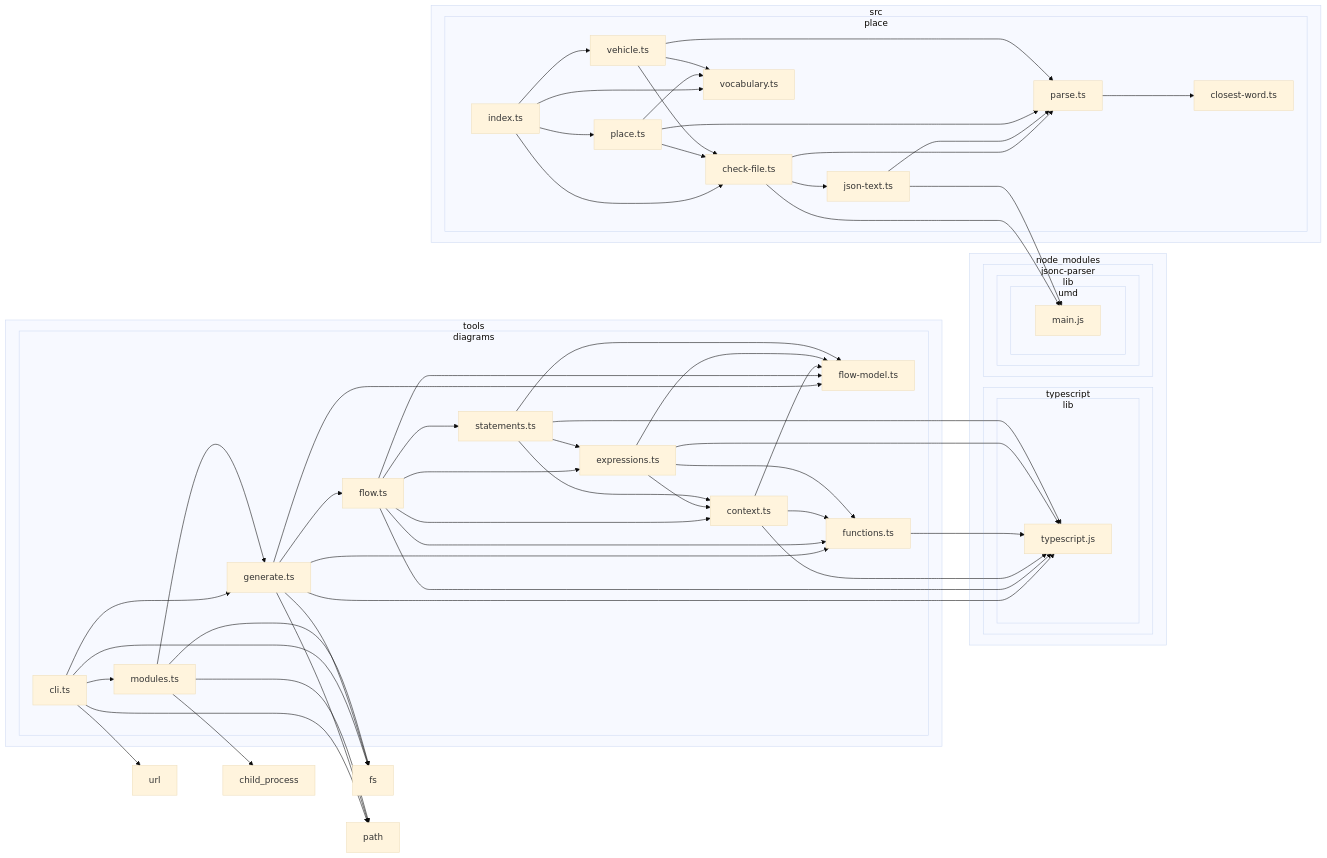
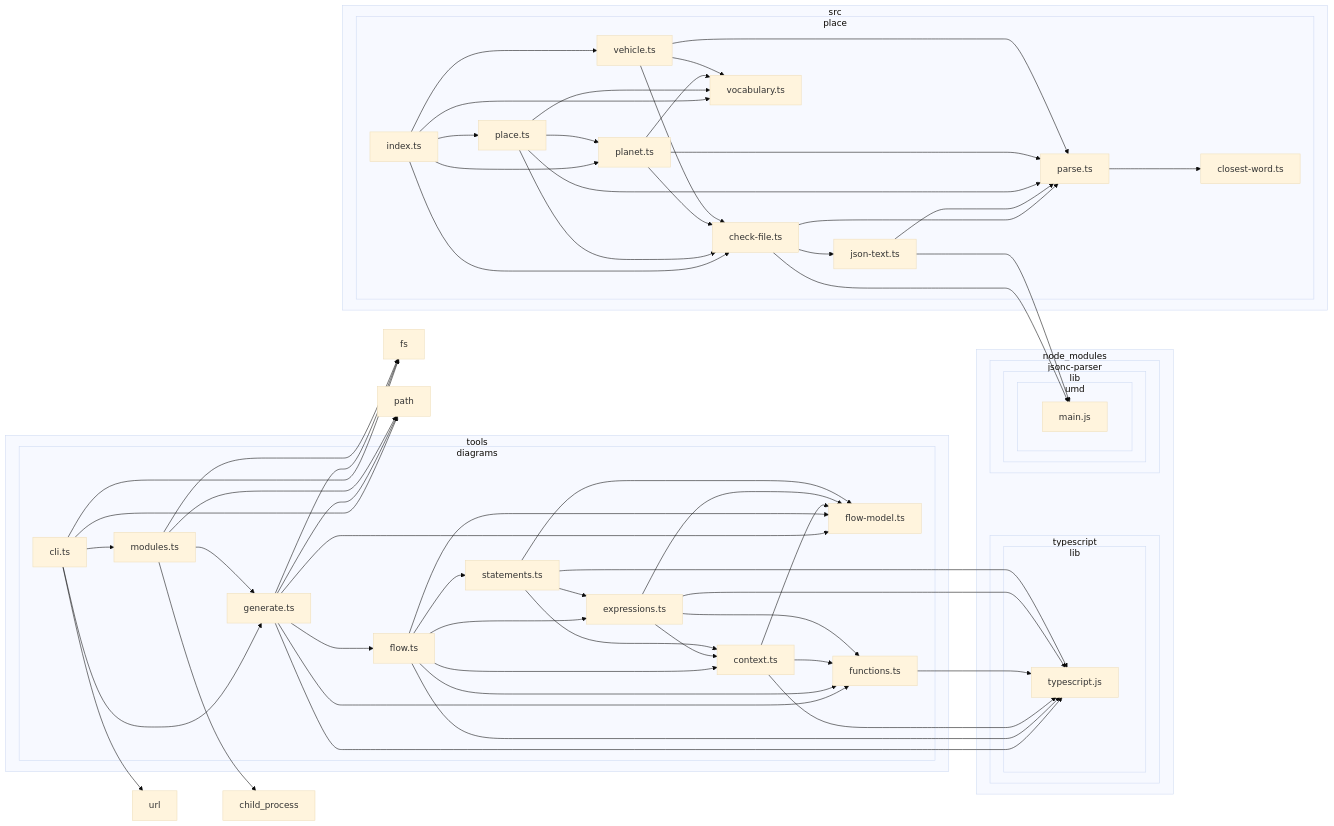
Before and after one commit to NewDara-Star/world-engine: the diagram in docs/flows/modules.md, drawn with Mermaid (base theme). The commit also changed 15 other files, not shown here.

````diff
--- a/docs/flows/modules.md
+++ b/docs/flows/modules.md
@@ -13,8 +13,9 @@
 A["closest-word.ts"]
 B["index.ts"]
 C["place.ts"]
-D["vocabulary.ts"]
-E["vehicle.ts"]
+D["planet.ts"]
+E["vocabulary.ts"]
+F["vehicle.ts"]
 end
 end
 subgraph 3["node_modules"]
@@ -25,29 +26,29 @@
 end
 end
 end
-subgraph M["typescript"]
-subgraph N["lib"]
-O["typescript.js"]
+subgraph N["typescript"]
+subgraph O["lib"]
+P["typescript.js"]
 end
 end
 end
-subgraph F["tools"]
-subgraph G["diagrams"]
-H["cli.ts"]
-L["generate.ts"]
-P["flow-model.ts"]
-Q["flow.ts"]
-R["context.ts"]
-S["functions.ts"]
-T["expressions.ts"]
-U["statements.ts"]
-V["modules.ts"]
+subgraph G["tools"]
+subgraph H["diagrams"]
+I["cli.ts"]
+M["generate.ts"]
+Q["flow-model.ts"]
+R["flow.ts"]
+S["context.ts"]
+T["functions.ts"]
+U["expressions.ts"]
+V["statements.ts"]
+W["modules.ts"]
 end
 end
-I["fs"]
-J["path"]
-K["url"]
-W["child_process"]
+J["fs"]
+K["path"]
+L["url"]
+X["child_process"]
 2-->8
 2-->9
 2-->7
@@ -56,45 +57,50 @@
 9-->A
 B-->2
 B-->C
+B-->D
+B-->F
 B-->E
-B-->D
 C-->2
 C-->9
 C-->D
-E-->2
-E-->9
-E-->D
-H-->L
-H-->V
-H-->I
-H-->J
-H-->K
-L-->P
-L-->Q
-L-->S
-L-->I
-L-->J
-L-->O
-Q-->R
-Q-->T
-Q-->P
-Q-->S
-Q-->U
-Q-->O
+C-->E
+D-->2
+D-->9
+D-->E
+F-->2
+F-->9
+F-->E
+I-->M
+I-->W
+I-->J
+I-->K
+I-->L
+M-->Q
+M-->R
+M-->T
+M-->J
+M-->K
+M-->P
+R-->S
+R-->U
+R-->Q
+R-->T
+R-->V
 R-->P
-R-->S
-R-->O
-S-->O
-T-->R
+S-->Q
+S-->T
+S-->P
 T-->P
-T-->S
-T-->O
-U-->R
+U-->S
+U-->Q
 U-->T
 U-->P
-U-->O
-V-->L
-V-->W
-V-->I
-V-->J
+V-->S
+V-->U
+V-->Q
+V-->P
+W-->M
+W-->X
+W-->J
+W-->K
 ```
````
